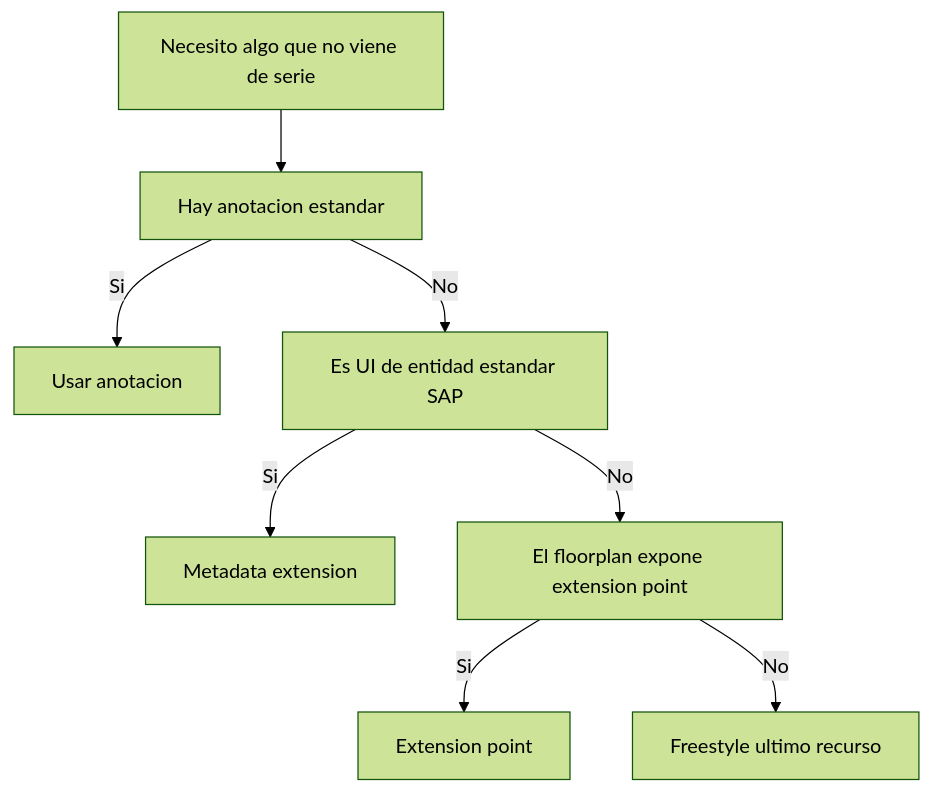
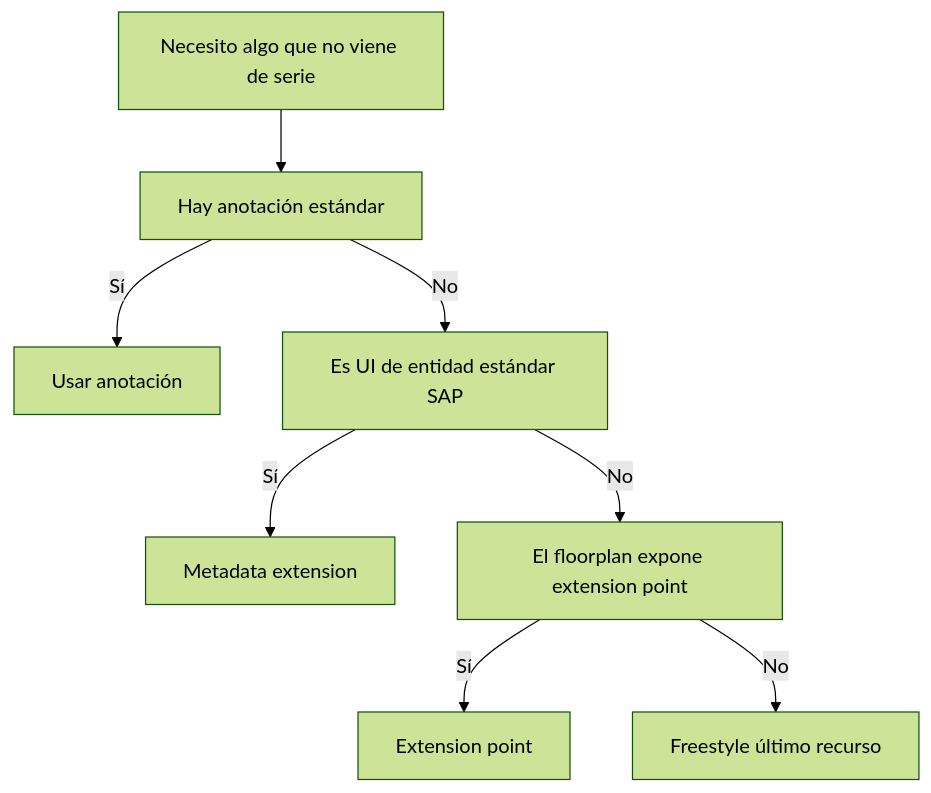
The diagram in es/fe-extension-points.mdx (logalitech/blog-content), drawn with Mermaid (forest theme) before and after one commit. The commit also changed 49 other files, not shown here.

````diff
--- a/es/fe-extension-points.mdx
+++ b/es/fe-extension-points.mdx
@@ -24,10 +24,10 @@
 ```mermaid
 flowchart TD
- N["Necesito algo que no viene de serie"] --> A["Hay anotacion estandar"]
- A -->|Si| U["Usar anotacion"]
- A -->|No| M["Es UI de entidad estandar SAP"]
- M -->|Si| ME["Metadata extension"]
+ N["Necesito algo que no viene de serie"] --> A["Hay anotación estándar"]
+ A -->|Sí| U["Usar anotación"]
+ A -->|No| M["Es UI de entidad estándar SAP"]
+ M -->|Sí| ME["Metadata extension"]
  M -->|No| E["El floorplan expone extension point"]
- E -->|Si| EP["Extension point"]
- E -->|No| F["Freestyle ultimo recurso"]
+ E -->|Sí| EP["Extension point"]
+ E -->|No| F["Freestyle último recurso"]
 ```
````
